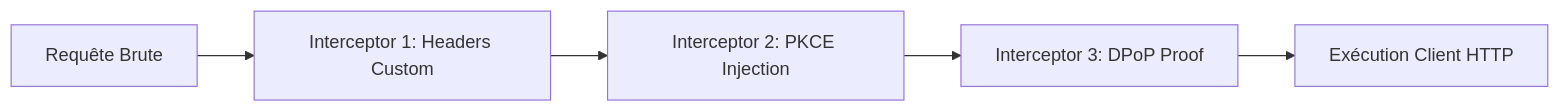
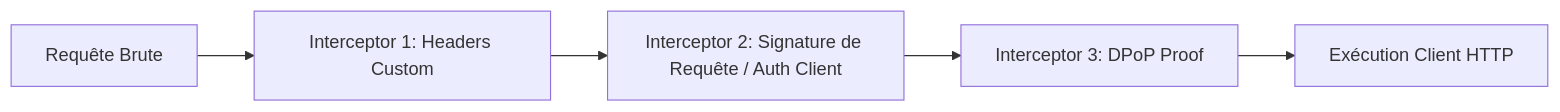
One commit to Q300Z/scribejava changed the tenth of 21 diagrams in docs/explanations/oauth2-flows.md. Above: the diagram before and after it, drawn with Mermaid. The commit also changed other lines of this file, not shown here.

Commit message:
docs(oidc): fix mermaid syntax and align architectural flows with codebase

````diff
--- a/docs/explanations/oauth2-flows.md
+++ b/docs/explanations/oauth2-flows.md
@@ -375,9 +371,7 @@
 ```mermaid
-
 graph LR
-    Start[Requête Brute] --> I1[Interceptor 1: Headers Custom]
-    I1 --> I2[Interceptor 2: PKCE Injection]
-    I2 --> I3[Interceptor 3: DPoP Proof]
-    I3 --> Exec[Exécution Client HTTP]
-
+    Start["Requête Brute"] --> I1["Interceptor 1: Headers Custom"]
+    I1 --> I2["Interceptor 2: Signature de Requête / Auth Client"]
+    I2 --> I3["Interceptor 3: DPoP Proof"]
+    I3 --> Exec["Exécution Client HTTP"]
 ```
````
